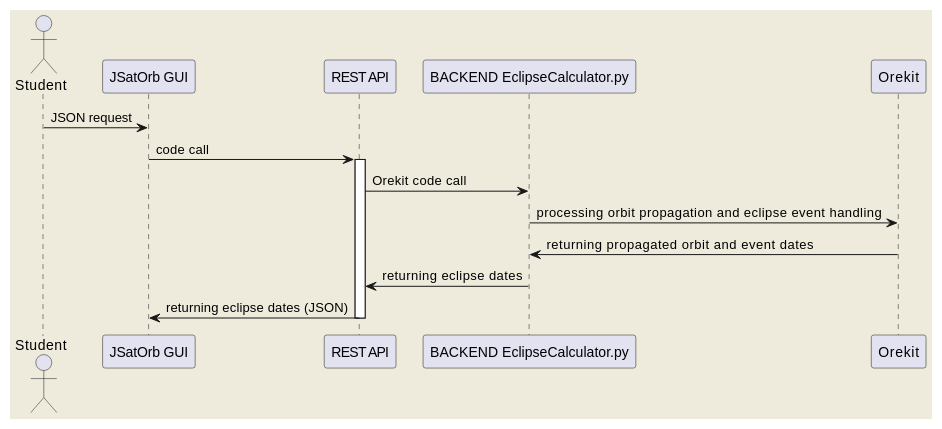
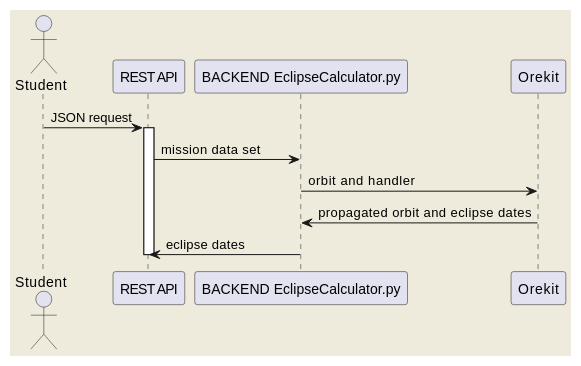
Before and after one commit to AnthonyLB2140/jsatorb-eclipse-service: the diagram in README.md, drawn with PlantUML. The commit also changed other lines of this file, not shown here.

````diff
--- a/README.md
+++ b/README.md
@@ -144,16 +93,14 @@
 ```plantuml
 @startuml
     skinparam backgroundColor #EEEBDC
     skinparam handwritten false
     actor Student
-    Student -> "JSatOrb GUI" : JSON request
-    "JSatOrb GUI" -> "REST API" : code call
+    Student -> "REST API" : JSON request
     activate "REST API"
-    "REST API" -> "BACKEND EclipseCalculator.py" : Orekit code call
-    "BACKEND EclipseCalculator.py" -> Orekit : processing orbit propagation and eclipse event handling
-    Orekit -> "BACKEND EclipseCalculator.py" : returning propagated orbit and event dates
-    "BACKEND EclipseCalculator.py" -> "REST API" : returning eclipse dates
-    "REST API" -> "JSatOrb GUI" : returning eclipse dates (JSON)
+    "REST API" -> "BACKEND EclipseCalculator.py" : mission data set
+    "BACKEND EclipseCalculator.py" -> Orekit : orbit and handler
+    Orekit -> "BACKEND EclipseCalculator.py" : propagated orbit and eclipse dates
+    "BACKEND EclipseCalculator.py" -> "REST API" : eclipse dates
     deactivate "REST API"    
 @enduml
 ```
````
